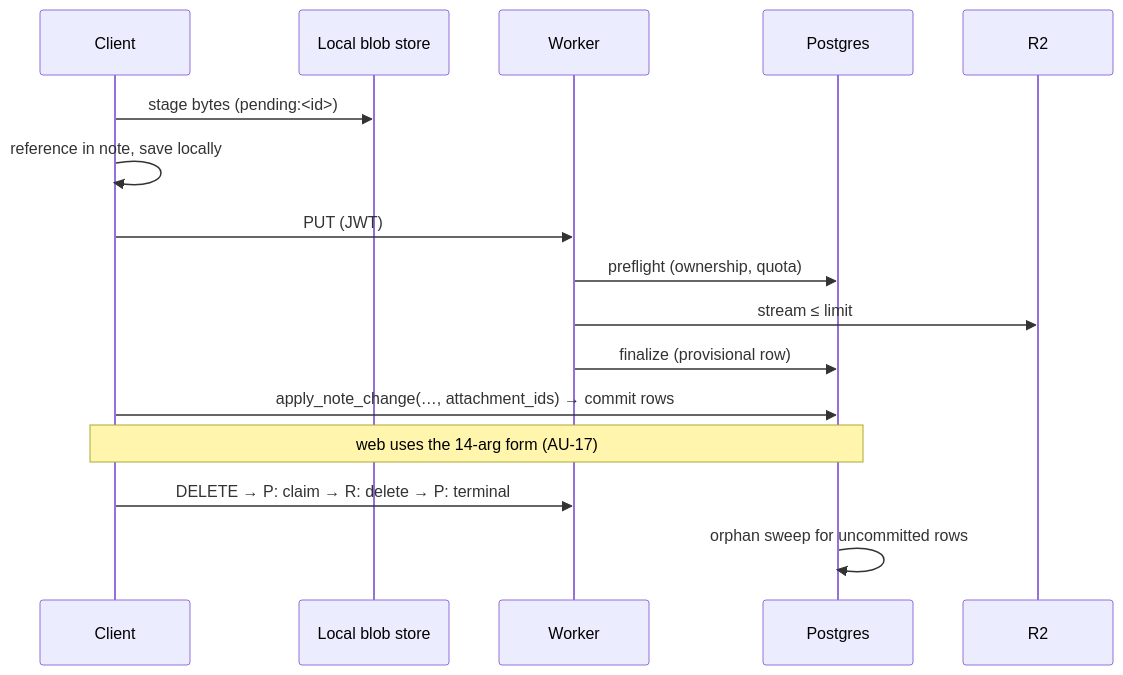
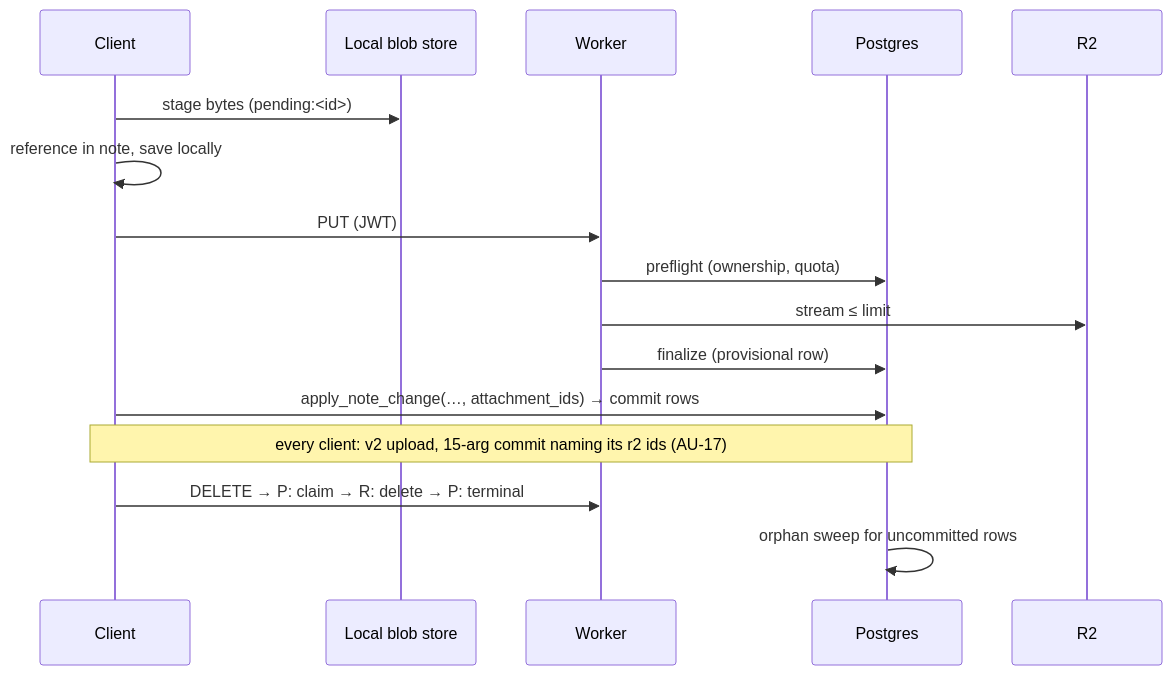
One commit to shareef01/notelikeus changed the fifth of 6 diagrams in docs/audit/ARCHITECTURE_REVIEW.md. Above: the diagram before and after it, drawn with Mermaid. The commit also changed 24 other files, not shown here.

````diff
--- a/docs/audit/ARCHITECTURE_REVIEW.md
+++ b/docs/audit/ARCHITECTURE_REVIEW.md
@@ -131,18 +131,18 @@
 ```mermaid
 sequenceDiagram
   participant C as Client
   participant B as Local blob store
   participant W as Worker
   participant P as Postgres
   participant R as R2
   C->>B: stage bytes (pending:<id>)
   C->>C: reference in note, save locally
   C->>W: PUT (JWT)
   W->>P: preflight (ownership, quota)
   W->>R: stream ≤ limit
   W->>P: finalize (provisional row)
   C->>P: apply_note_change(…, attachment_ids) → commit rows
-  Note over C,P: web uses the 14-arg form (AU-17)
+  Note over C,P: every client: v2 upload, 15-arg commit naming its r2 ids (AU-17)
   C->>W: DELETE → P: claim → R: delete → P: terminal
   P->>P: orphan sweep for uncommitted rows
 ```
````
